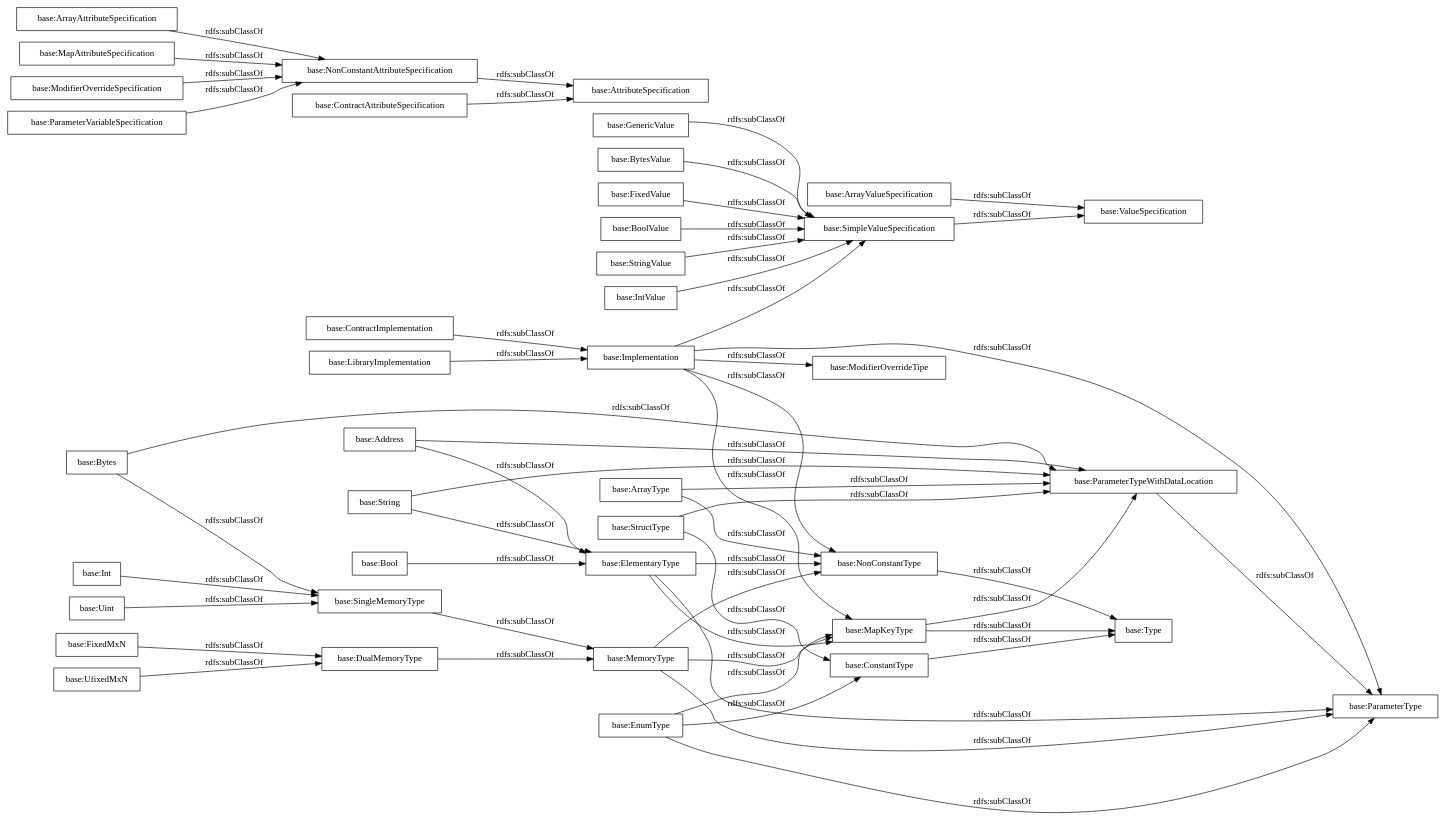
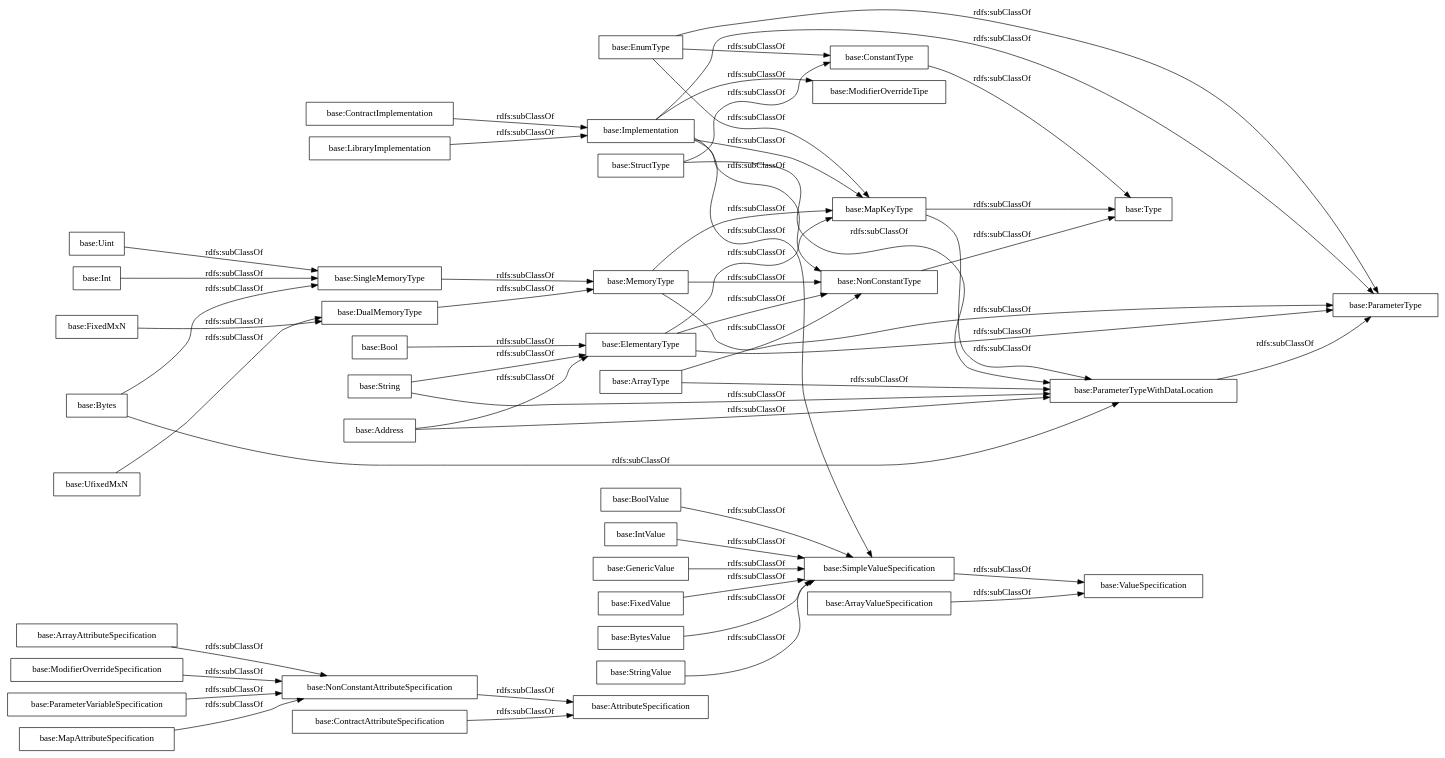
Before and after one commit to oeg-upm/Solidity-ontology: the diagram in OnToology/ontology.ttl/diagrams/ar2dtool-taxonomy/ontology.ttl.png.dot, drawn with Graphviz. The commit also changed 12 other files, not shown here.

```diff
--- a/OnToology/ontology.ttl/diagrams/ar2dtool-taxonomy/ontology.ttl.png.dot
+++ b/OnToology/ontology.ttl/diagrams/ar2dtool-taxonomy/ontology.ttl.png.dot
@@ -1,58 +1,58 @@
 digraph ar2dtool_diagram { 
 rankdir=LR;
 size="1000"
-node [shape = rectangle, color="black"]; "base:BoolValue" "base:ParameterTypeWithDataLocation" "base:ArrayAttributeSpecification" "base:StringValue" "base:SimpleValueSpecification" "base:ModifierOverrideTipe" "base:MapAttributeSpecification" "base:Uint" "base:NonConstantAttributeSpecification" "base:Bool" "base:ContractImplementation" "base:ContractAttributeSpecification" "base:FixedMxN" "base:ElementaryType" "base:Int" "base:ArrayType" "base:ArrayValueSpecification" "base:ConstantType" "base:ModifierOverrideSpecification" "base:ParameterType" "base:String" "base:IntValue" "base:Type" "base:DualMemoryType" "base:NonConstantType" "base:GenericValue" "base:Implementation" "base:SingleMemoryType" "base:StructType" "base:MapKeyType" "base:MemoryType" "base:ValueSpecification" "base:BytesValue" "base:ParameterVariableSpecification" "base:AttributeSpecification" "base:Address" "base:LibraryImplementation" "base:EnumType" "base:UfixedMxN" "base:FixedValue" "base:Bytes" ; /*classes style*/
-	"base:BoolValue" -> "base:SimpleValueSpecification" [ label = "rdfs:subClassOf" ];
+node [shape = rectangle, color="black"]; "base:ArrayAttributeSpecification" "base:Address" "base:Uint" "base:ValueSpecification" "base:DualMemoryType" "base:SingleMemoryType" "base:BoolValue" "base:IntValue" "base:NonConstantType" "base:AttributeSpecification" "base:String" "base:GenericValue" "base:Int" "base:ParameterTypeWithDataLocation" "base:NonConstantAttributeSpecification" "base:ConstantType" "base:FixedValue" "base:FixedMxN" "base:Bool" "base:ContractAttributeSpecification" "base:Implementation" "base:ElementaryType" "base:ArrayValueSpecification" "base:MapKeyType" "base:StructType" "base:ModifierOverrideSpecification" "base:ParameterVariableSpecification" "base:SimpleValueSpecification" "base:Type" "base:LibraryImplementation" "base:BytesValue" "base:MapAttributeSpecification" "base:StringValue" "base:ParameterType" "base:ContractImplementation" "base:ArrayType" "base:UfixedMxN" "base:Bytes" "base:EnumType" "base:MemoryType" "base:ModifierOverrideTipe" ; /*classes style*/
+	"base:ArrayValueSpecification" -> "base:ValueSpecification" [ label = "rdfs:subClassOf" ];
+	"base:ElementaryType" -> "base:ParameterType" [ label = "rdfs:subClassOf" ];
+	"base:ElementaryType" -> "base:NonConstantType" [ label = "rdfs:subClassOf" ];
+	"base:ElementaryType" -> "base:MapKeyType" [ label = "rdfs:subClassOf" ];
+	"base:MapKeyType" -> "base:Type" [ label = "rdfs:subClassOf" ];
+	"base:MapKeyType" -> "base:ParameterTypeWithDataLocation" [ label = "rdfs:subClassOf" ];
+	"base:LibraryImplementation" -> "base:Implementation" [ label = "rdfs:subClassOf" ];
+	"base:String" -> "base:ParameterTypeWithDataLocation" [ label = "rdfs:subClassOf" ];
+	"base:String" -> "base:ElementaryType" [ label = "rdfs:subClassOf" ];
+	"base:StructType" -> "base:ParameterTypeWithDataLocation" [ label = "rdfs:subClassOf" ];
+	"base:StructType" -> "base:ConstantType" [ label = "rdfs:subClassOf" ];
+	"base:MemoryType" -> "base:ParameterType" [ label = "rdfs:subClassOf" ];
+	"base:MemoryType" -> "base:NonConstantType" [ label = "rdfs:subClassOf" ];
+	"base:MemoryType" -> "base:MapKeyType" [ label = "rdfs:subClassOf" ];
+	"base:Bool" -> "base:ElementaryType" [ label = "rdfs:subClassOf" ];
+	"base:DualMemoryType" -> "base:MemoryType" [ label = "rdfs:subClassOf" ];
 	"base:ArrayAttributeSpecification" -> "base:NonConstantAttributeSpecification" [ label = "rdfs:subClassOf" ];
-	"base:EnumType" -> "base:ParameterType" [ label = "rdfs:subClassOf" ];
-	"base:EnumType" -> "base:MapKeyType" [ label = "rdfs:subClassOf" ];
-	"base:EnumType" -> "base:ConstantType" [ label = "rdfs:subClassOf" ];
-	"base:LibraryImplementation" -> "base:Implementation" [ label = "rdfs:subClassOf" ];
-	"base:NonConstantType" -> "base:Type" [ label = "rdfs:subClassOf" ];
+	"base:ArrayType" -> "base:ParameterTypeWithDataLocation" [ label = "rdfs:subClassOf" ];
+	"base:ArrayType" -> "base:NonConstantType" [ label = "rdfs:subClassOf" ];
+	"base:SimpleValueSpecification" -> "base:ValueSpecification" [ label = "rdfs:subClassOf" ];
+	"base:FixedMxN" -> "base:DualMemoryType" [ label = "rdfs:subClassOf" ];
+	"base:Uint" -> "base:SingleMemoryType" [ label = "rdfs:subClassOf" ];
+	"base:Address" -> "base:ParameterTypeWithDataLocation" [ label = "rdfs:subClassOf" ];
+	"base:Address" -> "base:ElementaryType" [ label = "rdfs:subClassOf" ];
+	"base:SingleMemoryType" -> "base:MemoryType" [ label = "rdfs:subClassOf" ];
+	"base:ContractImplementation" -> "base:Implementation" [ label = "rdfs:subClassOf" ];
+	"base:ConstantType" -> "base:Type" [ label = "rdfs:subClassOf" ];
 	"base:Implementation" -> "base:SimpleValueSpecification" [ label = "rdfs:subClassOf" ];
 	"base:Implementation" -> "base:ParameterType" [ label = "rdfs:subClassOf" ];
 	"base:Implementation" -> "base:NonConstantType" [ label = "rdfs:subClassOf" ];
 	"base:Implementation" -> "base:ModifierOverrideTipe" [ label = "rdfs:subClassOf" ];
 	"base:Implementation" -> "base:MapKeyType" [ label = "rdfs:subClassOf" ];
+	"base:BoolValue" -> "base:SimpleValueSpecification" [ label = "rdfs:subClassOf" ];
+	"base:MapAttributeSpecification" -> "base:NonConstantAttributeSpecification" [ label = "rdfs:subClassOf" ];
+	"base:ContractAttributeSpecification" -> "base:AttributeSpecification" [ label = "rdfs:subClassOf" ];
 	"base:ParameterTypeWithDataLocation" -> "base:ParameterType" [ label = "rdfs:subClassOf" ];
-	"base:FixedMxN" -> "base:DualMemoryType" [ label = "rdfs:subClassOf" ];
-	"base:ContractAttributeSpecification" -> "base:AttributeSpecification" [ label = "rdfs:subClassOf" ];
-	"base:MapKeyType" -> "base:Type" [ label = "rdfs:subClassOf" ];
-	"base:MapKeyType" -> "base:ParameterTypeWithDataLocation" [ label = "rdfs:subClassOf" ];
 	"base:ParameterVariableSpecification" -> "base:NonConstantAttributeSpecification" [ label = "rdfs:subClassOf" ];
-	"base:ElementaryType" -> "base:ParameterType" [ label = "rdfs:subClassOf" ];
-	"base:ElementaryType" -> "base:NonConstantType" [ label = "rdfs:subClassOf" ];
-	"base:ElementaryType" -> "base:MapKeyType" [ label = "rdfs:subClassOf" ];
-	"base:StructType" -> "base:ParameterTypeWithDataLocation" [ label = "rdfs:subClassOf" ];
-	"base:StructType" -> "base:ConstantType" [ label = "rdfs:subClassOf" ];
-	"base:MemoryType" -> "base:ParameterType" [ label = "rdfs:subClassOf" ];
-	"base:MemoryType" -> "base:NonConstantType" [ label = "rdfs:subClassOf" ];
-	"base:MemoryType" -> "base:MapKeyType" [ label = "rdfs:subClassOf" ];
 	"base:UfixedMxN" -> "base:DualMemoryType" [ label = "rdfs:subClassOf" ];
-	"base:ModifierOverrideSpecification" -> "base:NonConstantAttributeSpecification" [ label = "rdfs:subClassOf" ];
-	"base:Bool" -> "base:ElementaryType" [ label = "rdfs:subClassOf" ];
-	"base:SingleMemoryType" -> "base:MemoryType" [ label = "rdfs:subClassOf" ];
 	"base:Int" -> "base:SingleMemoryType" [ label = "rdfs:subClassOf" ];
+	"base:NonConstantAttributeSpecification" -> "base:AttributeSpecification" [ label = "rdfs:subClassOf" ];
+	"base:FixedValue" -> "base:SimpleValueSpecification" [ label = "rdfs:subClassOf" ];
 	"base:Bytes" -> "base:SingleMemoryType" [ label = "rdfs:subClassOf" ];
 	"base:Bytes" -> "base:ParameterTypeWithDataLocation" [ label = "rdfs:subClassOf" ];
-	"base:String" -> "base:ParameterTypeWithDataLocation" [ label = "rdfs:subClassOf" ];
-	"base:String" -> "base:ElementaryType" [ label = "rdfs:subClassOf" ];
-	"base:ArrayType" -> "base:ParameterTypeWithDataLocation" [ label = "rdfs:subClassOf" ];
-	"base:ArrayType" -> "base:NonConstantType" [ label = "rdfs:subClassOf" ];
-	"base:FixedValue" -> "base:SimpleValueSpecification" [ label = "rdfs:subClassOf" ];
+	"base:StringValue" -> "base:SimpleValueSpecification" [ label = "rdfs:subClassOf" ];
+	"base:NonConstantType" -> "base:Type" [ label = "rdfs:subClassOf" ];
+	"base:EnumType" -> "base:ParameterType" [ label = "rdfs:subClassOf" ];
+	"base:EnumType" -> "base:MapKeyType" [ label = "rdfs:subClassOf" ];
+	"base:EnumType" -> "base:ConstantType" [ label = "rdfs:subClassOf" ];
 	"base:IntValue" -> "base:SimpleValueSpecification" [ label = "rdfs:subClassOf" ];
-	"base:Uint" -> "base:SingleMemoryType" [ label = "rdfs:subClassOf" ];
-	"base:ConstantType" -> "base:Type" [ label = "rdfs:subClassOf" ];
-	"base:ContractImplementation" -> "base:Implementation" [ label = "rdfs:subClassOf" ];
-	"base:ArrayValueSpecification" -> "base:ValueSpecification" [ label = "rdfs:subClassOf" ];
-	"base:Address" -> "base:ParameterTypeWithDataLocation" [ label = "rdfs:subClassOf" ];
-	"base:Address" -> "base:ElementaryType" [ label = "rdfs:subClassOf" ];
+	"base:ModifierOverrideSpecification" -> "base:NonConstantAttributeSpecification" [ label = "rdfs:subClassOf" ];
 	"base:GenericValue" -> "base:SimpleValueSpecification" [ label = "rdfs:subClassOf" ];
 	"base:BytesValue" -> "base:SimpleValueSpecification" [ label = "rdfs:subClassOf" ];
-	"base:DualMemoryType" -> "base:MemoryType" [ label = "rdfs:subClassOf" ];
-	"base:SimpleValueSpecification" -> "base:ValueSpecification" [ label = "rdfs:subClassOf" ];
-	"base:MapAttributeSpecification" -> "base:NonConstantAttributeSpecification" [ label = "rdfs:subClassOf" ];
-	"base:NonConstantAttributeSpecification" -> "base:AttributeSpecification" [ label = "rdfs:subClassOf" ];
-	"base:StringValue" -> "base:SimpleValueSpecification" [ label = "rdfs:subClassOf" ];
 
 }
```
